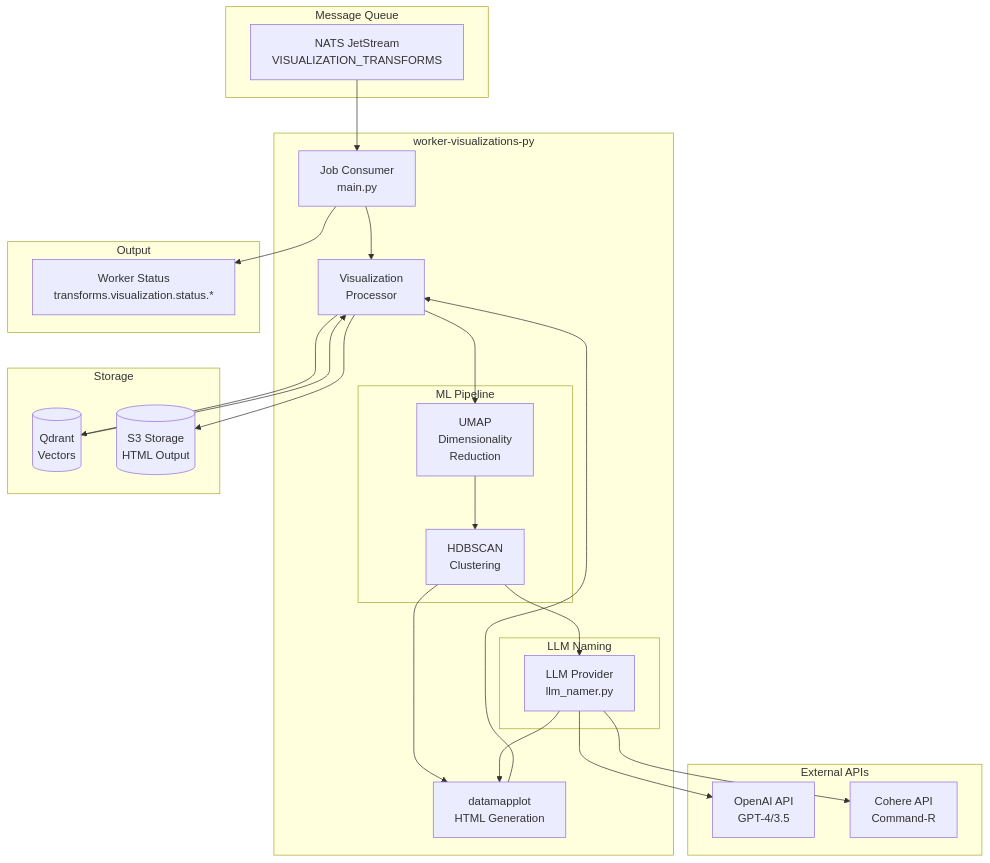
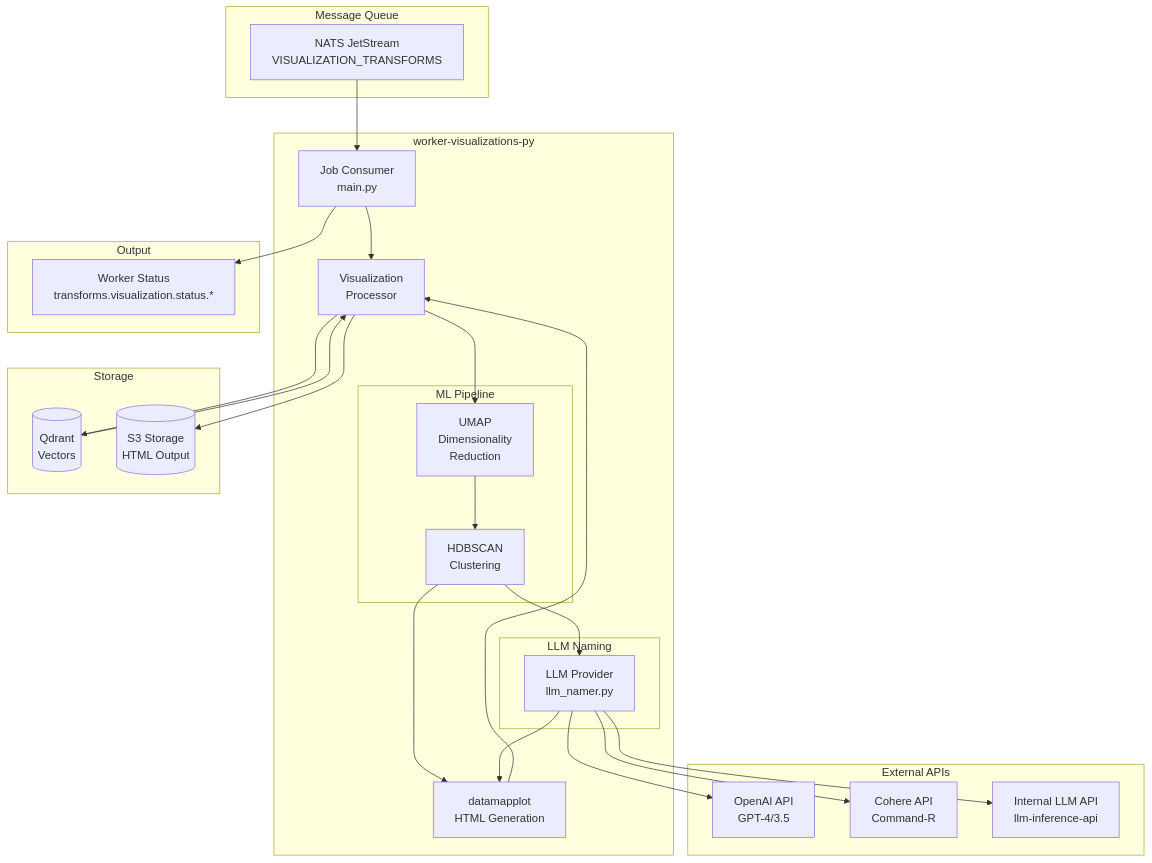
One commit to FishySoftware/semantic-explorer changed the first of 2 diagrams in crates/worker-visualizations-py/README.md. Above: the diagram before and after it, drawn with Mermaid. The commit also changed other lines of this file and 8 other files, not shown here.

````diff
--- a/crates/worker-visualizations-py/README.md
+++ b/crates/worker-visualizations-py/README.md
@@ -65,53 +65,54 @@
 ```mermaid
 graph TB
     subgraph "Message Queue"
         NATS[NATS JetStream<br/>VISUALIZATION_TRANSFORMS]
     end
 
     subgraph "worker-visualizations-py"
         CONSUMER[Job Consumer<br/>main.py]
         PROCESSOR[Visualization<br/>Processor]
 
         subgraph "ML Pipeline"
             UMAP[UMAP<br/>Dimensionality<br/>Reduction]
             HDBSCAN[HDBSCAN<br/>Clustering]
         end
 
         subgraph "LLM Naming"
             LLM_NAMER[LLM Provider<br/>llm_namer.py]
         end
 
         DATAMAP[datamapplot<br/>HTML Generation]
     end
 
     subgraph "External APIs"
         OPENAI[OpenAI API<br/>GPT-4/3.5]
         COHERE[Cohere API<br/>Command-R]
+        INTERNAL[Internal LLM API<br/>llm-inference-api]
     end
 
     subgraph "Storage"
         QDRANT[(Qdrant<br/>Vectors)]
         S3[(S3 Storage<br/>HTML Output)]
     end
 
     subgraph "Output"
         RESULT[Worker Status<br/>transforms.visualization.status.*]
     end
 
     NATS --> CONSUMER
     CONSUMER --> PROCESSOR
     PROCESSOR --> QDRANT
     QDRANT --> PROCESSOR
 
     PROCESSOR --> UMAP
     UMAP --> HDBSCAN
     HDBSCAN --> LLM_NAMER
-    LLM_NAMER --> OPENAI & COHERE
+    LLM_NAMER --> OPENAI & COHERE & INTERNAL
 
     HDBSCAN --> DATAMAP
     LLM_NAMER --> DATAMAP
 
     DATAMAP --> PROCESSOR
     PROCESSOR --> S3
     CONSUMER --> RESULT
 ```
````
